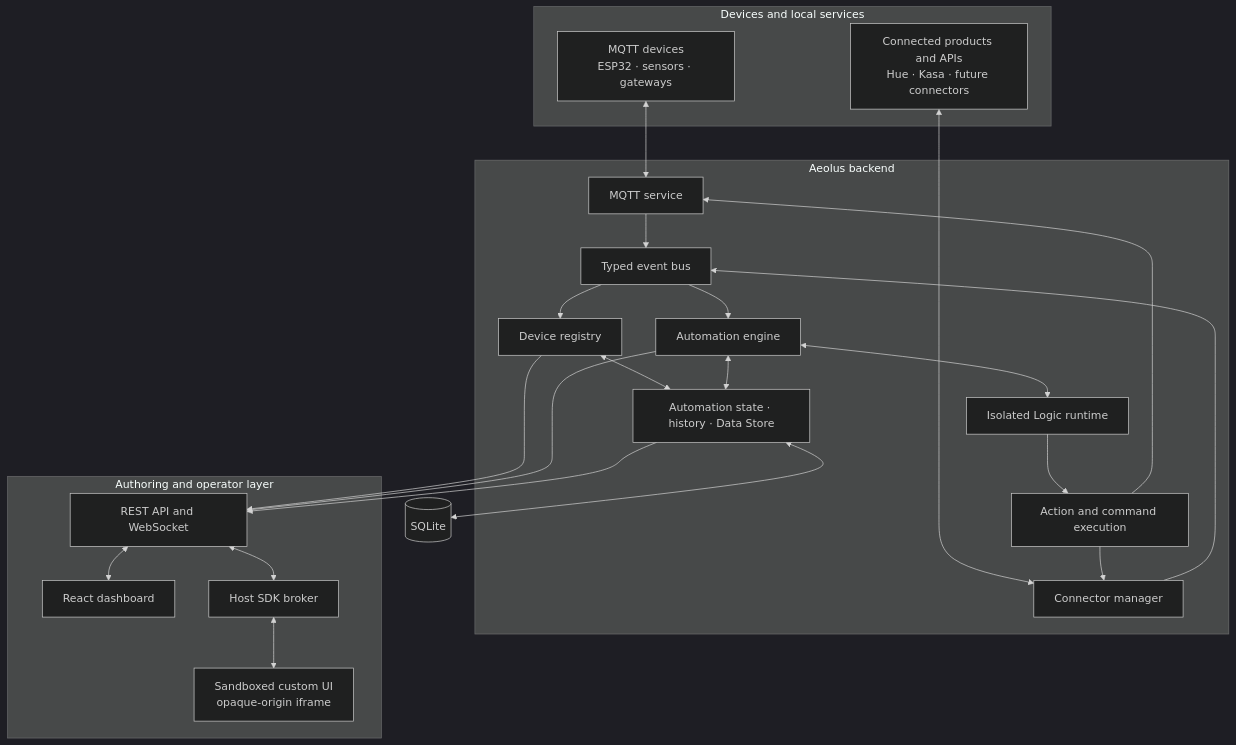
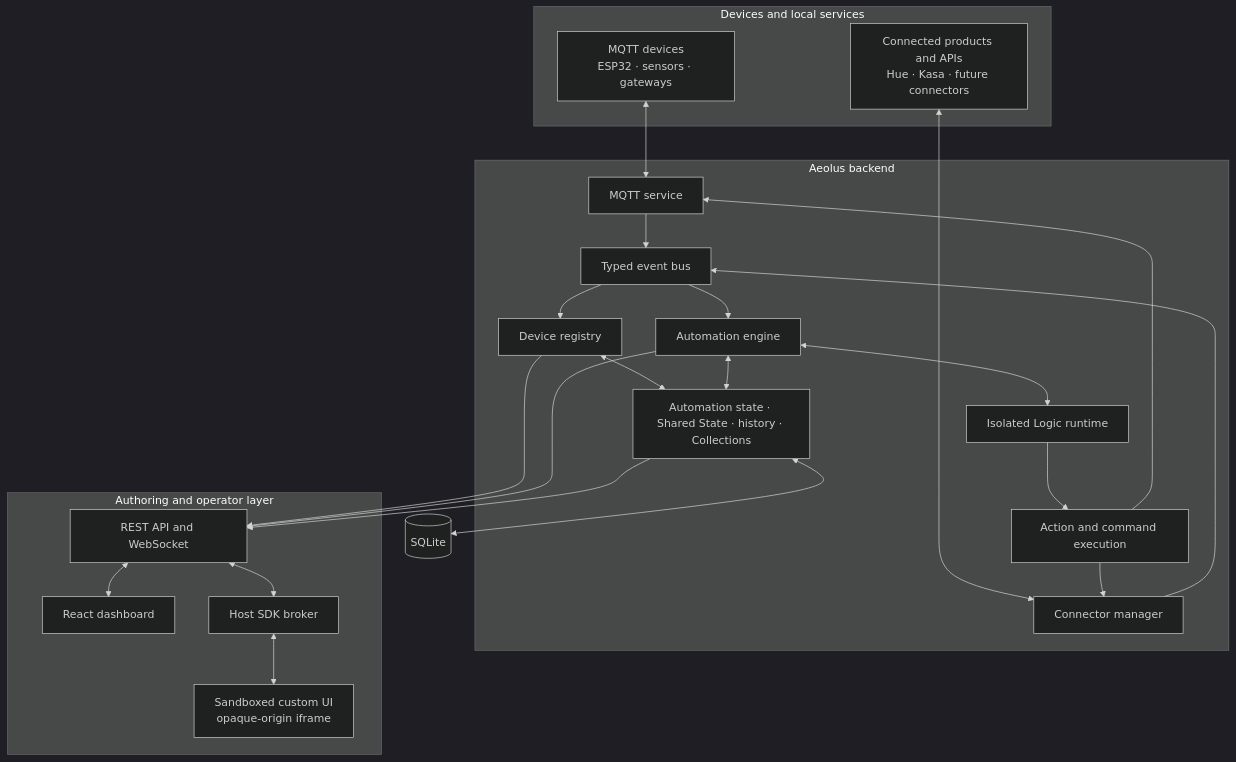
The diagram in docs/reference/architecture.md (j-a-m-i-e-c/aeolus), drawn with Mermaid (dark theme) before and after one commit. The commit also changed other lines of this file and 23 other files, not shown here.

````diff
--- a/docs/reference/architecture.md
+++ b/docs/reference/architecture.md
@@ -17,51 +17,51 @@
 ```mermaid
 flowchart TB
     subgraph Equipment[Devices and local services]
         MQTTDevices[MQTT devices<br/>ESP32 · sensors · gateways]
         Products[Connected products and APIs<br/>Hue · Kasa · future connectors]
     end
 
     subgraph Backend[Aeolus backend]
         MQTT[MQTT service]
         Connectors[Connector manager]
         Bus[Typed event bus]
         Registry[Device registry]
         Engine[Automation engine]
         Logic[Isolated Logic runtime]
         Commands[Action and command execution]
-        State[Automation state · history · Data Store]
+        State[Automation state · Shared State · history · Collections]
     end
 
     subgraph Interface[Authoring and operator layer]
         API[REST API and WebSocket]
         Dashboard[React dashboard]
         Broker[Host SDK broker]
         CustomUI[Sandboxed custom UI<br/>opaque-origin iframe]
     end
 
     Database[(SQLite)]
 
     MQTTDevices <--> MQTT
     Products <--> Connectors
 
     MQTT --> Bus
     Connectors --> Bus
     Bus --> Registry
     Bus --> Engine
 
     Engine <--> Logic
     Logic --> Commands
     Commands --> MQTT
     Commands --> Connectors
 
     Registry <--> State
     Engine <--> State
     State <--> Database
 
     Registry --> API
     Engine --> API
     State --> API
     API <--> Dashboard
     API <--> Broker
     Broker <--> CustomUI
 ```
````
